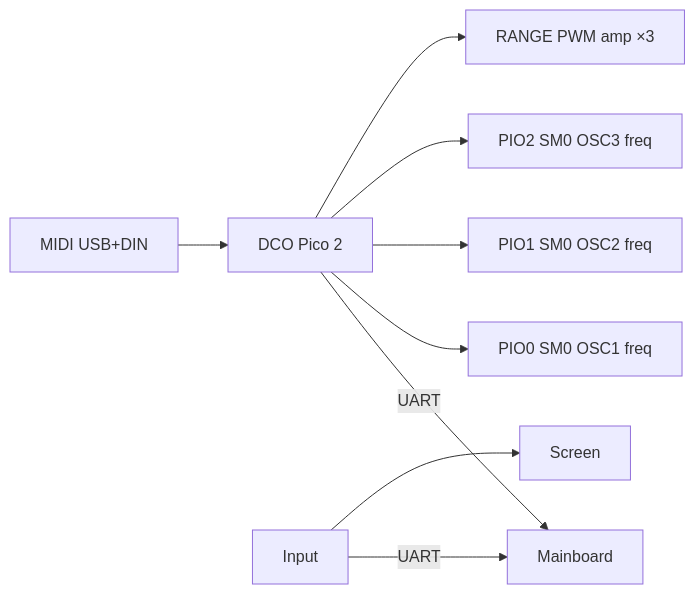
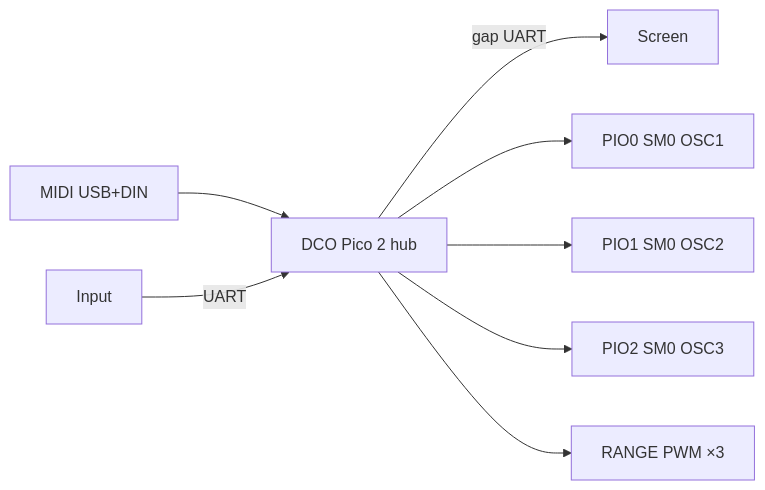
Before and after one commit to felipegaspari/DCO4-REBORN: the diagram in README.md, drawn with Mermaid. The commit also changed other lines of this file and 3 other files, not shown here.

Commit message:
adaptation and cleanup for DCO and mainboard projects

````diff
--- a/README.md
+++ b/README.md
@@ -37,11 +34,10 @@
 ```mermaid
 flowchart LR
-  MIDI["MIDI USB+DIN"] --> DCO["DCO Pico 2"]
-  DCO -->|"UART"| Main["Mainboard"]
-  Input["Input"] -->|"UART"| Main
-  Input --> Screen["Screen"]
-  DCO --> PIO0["PIO0 SM0 OSC1 freq"]
-  DCO --> PIO1["PIO1 SM0 OSC2 freq"]
-  DCO --> PIO2["PIO2 SM0 OSC3 freq"]
-  DCO --> PWM["RANGE PWM amp ×3"]
+  MIDI["MIDI USB+DIN"] --> DCO["DCO Pico 2 hub"]
+  Input["Input"] -->|"UART"| DCO
+  DCO -->|"gap UART"| Screen["Screen"]
+  DCO --> PIO0["PIO0 SM0 OSC1"]
+  DCO --> PIO1["PIO1 SM0 OSC2"]
+  DCO --> PIO2["PIO2 SM0 OSC3"]
+  DCO --> PWM["RANGE PWM ×3"]
 ```
````
